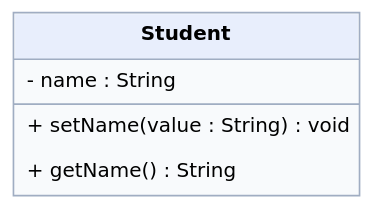
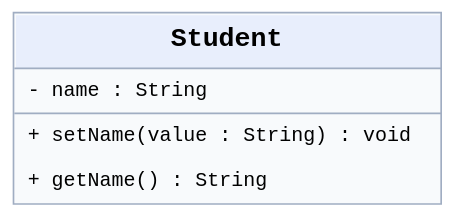
Before and after one commit to edetroll/java-oop: the diagram in content/chapters/03-adatrejtes/media/hallgato-en.dot, drawn with Graphviz. The commit also changed 38 other files, not shown here.

```diff
--- a/content/chapters/03-adatrejtes/media/hallgato-en.dot
+++ b/content/chapters/03-adatrejtes/media/hallgato-en.dot
@@ -1,1 +1,1 @@
-digraph G { graph [bgcolor="transparent",pad="0.05"]; node [shape=plaintext,fontname="DejaVu Sans",fontsize=12]; a [label=<<TABLE BORDER="1" CELLBORDER="0" CELLSPACING="0" CELLPADDING="7" COLOR="#a0adc2" BGCOLOR="#f8fafc"><TR><TD BGCOLOR="#e8eefc"><B>Student</B></TD></TR><HR/><TR><TD ALIGN="LEFT" BALIGN="LEFT">- name : String</TD></TR><HR/><TR><TD ALIGN="LEFT" BALIGN="LEFT">+ setName(value : String) : void</TD></TR><TR><TD ALIGN="LEFT" BALIGN="LEFT">+ getName() : String</TD></TR></TABLE>>]; }
+digraph G { graph [bgcolor="transparent",pad="0.05"]; node [shape=plaintext,fontname="Liberation Mono",fontsize=12]; a [label=<<TABLE BORDER="1" CELLBORDER="0" CELLSPACING="0" CELLPADDING="7" COLOR="#a0adc2" BGCOLOR="#f8fafc"><TR><TD BGCOLOR="#e8eefc"><FONT FACE="Liberation Mono" POINT-SIZE="16"><B>Student</B></FONT></TD></TR><HR/><TR><TD ALIGN="LEFT" BALIGN="LEFT">- name : String</TD></TR><HR/><TR><TD ALIGN="LEFT" BALIGN="LEFT">+ setName(value : String) : void</TD></TR><TR><TD ALIGN="LEFT" BALIGN="LEFT">+ getName() : String</TD></TR></TABLE>>]; }
```
